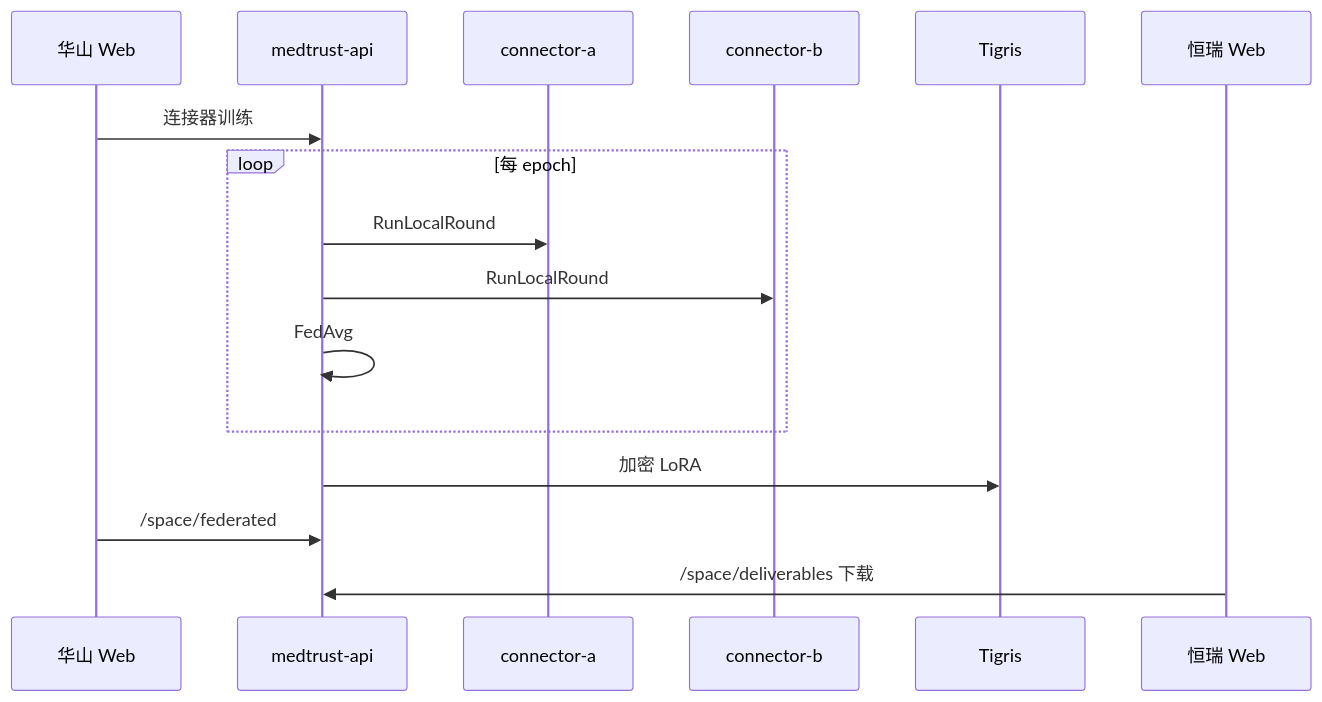
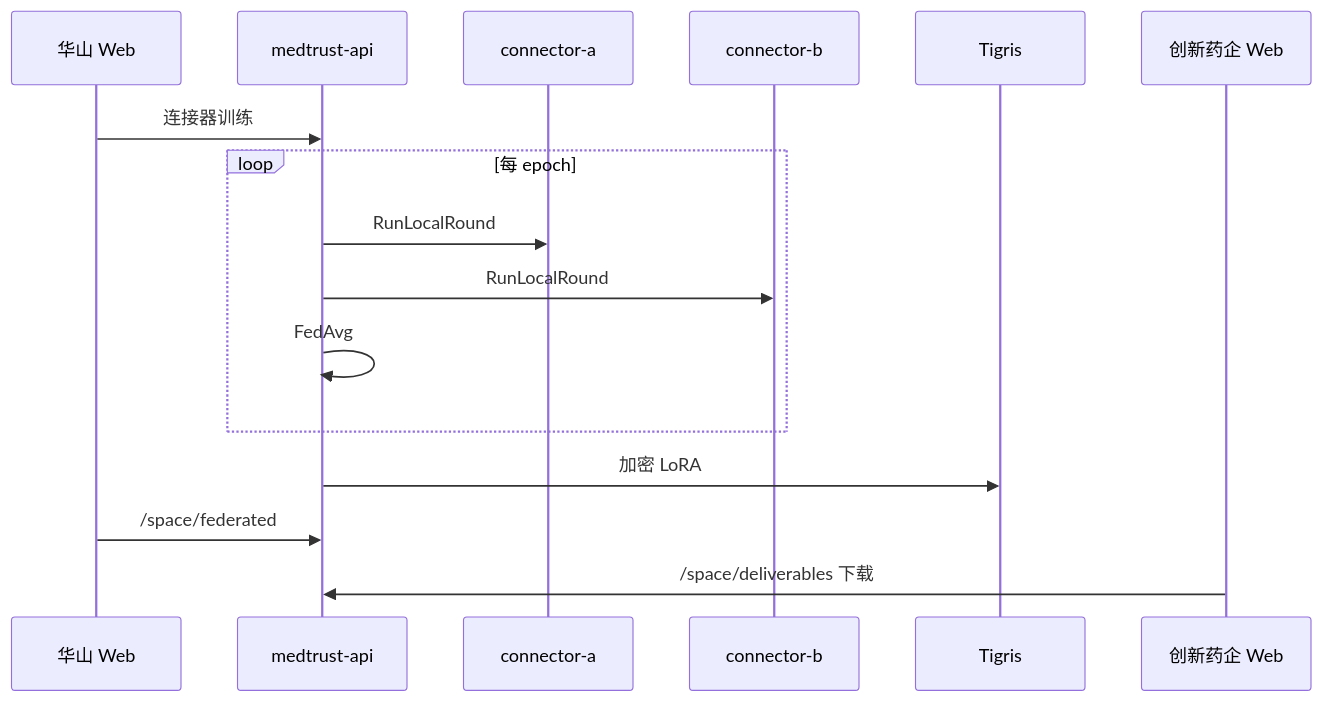
The diagram in docs/demo/federated-e2e-test.md (shygoly/medtrust), drawn with Mermaid before and after one commit. The commit also changed other lines of this file and 40 other files, not shown here.

````diff
--- a/docs/demo/federated-e2e-test.md
+++ b/docs/demo/federated-e2e-test.md
@@ -160,19 +160,19 @@
 ```mermaid
 sequenceDiagram
   participant P as 华山 Web
   participant API as medtrust-api
   participant A as connector-a
   participant B as connector-b
   participant T as Tigris
-  participant C as 恒瑞 Web
+  participant C as 创新药企 Web
 
   P->>API: 连接器训练
   loop 每 epoch
     API->>A: RunLocalRound
     API->>B: RunLocalRound
     API->>API: FedAvg
   end
   API->>T: 加密 LoRA
   P->>API: /space/federated
   C->>API: /space/deliverables 下载
 ```
````
